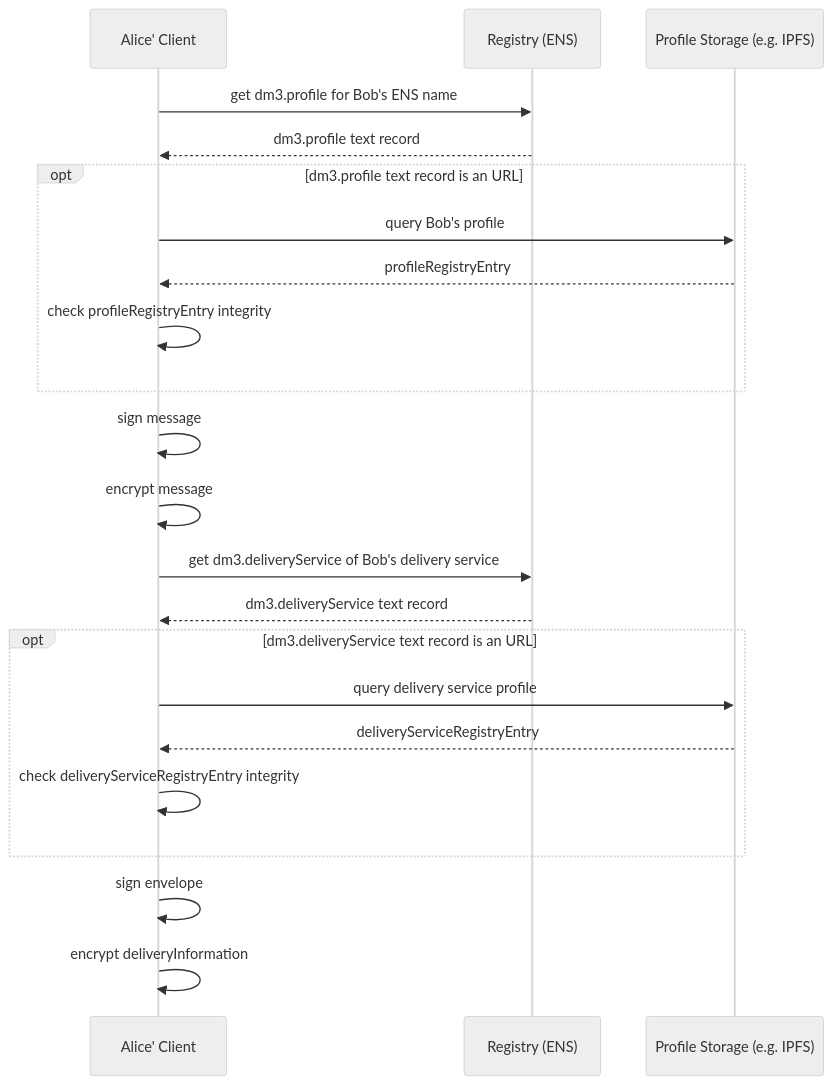
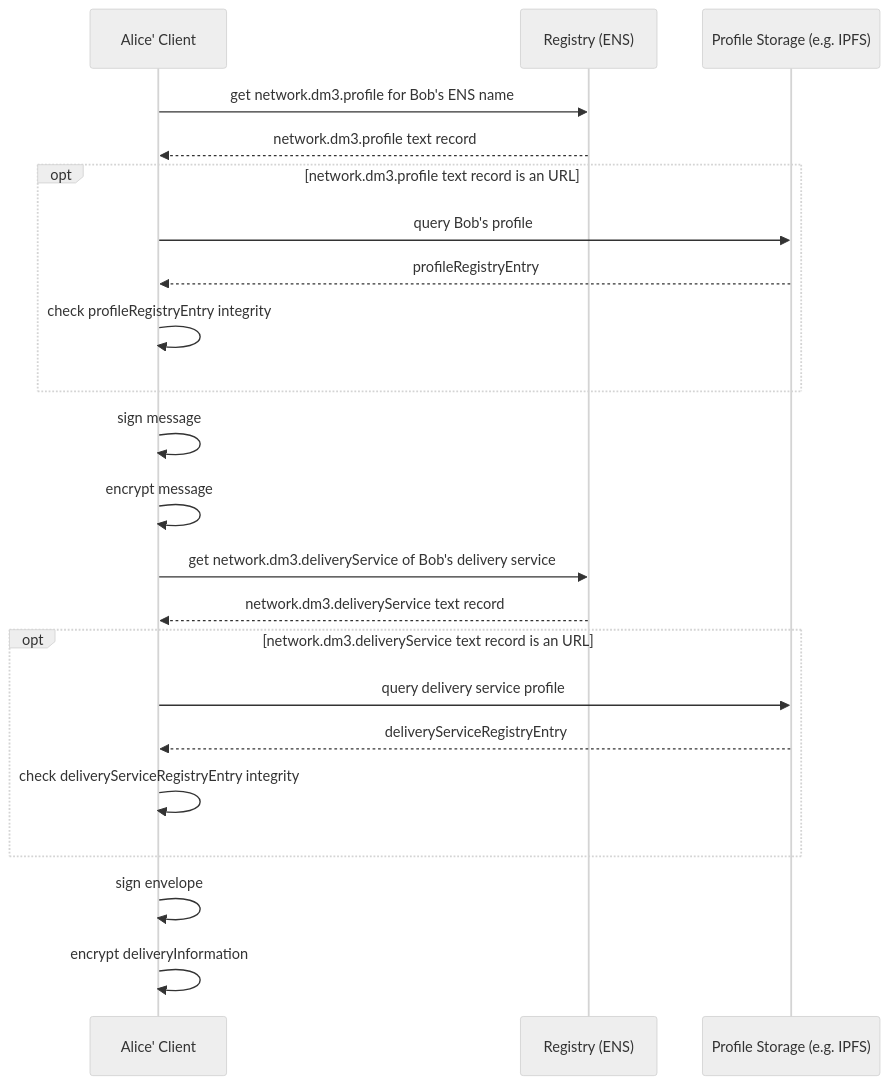
Before and after one commit to dm3-org/dm3-spec: the first of 2 diagrams in docs/specification/message-transport/mtp-transport.md, drawn with Mermaid (neutral theme). The commit also changed other lines of this file and 6 other files, not shown here.

````diff
--- a/docs/specification/message-transport/mtp-transport.md
+++ b/docs/specification/message-transport/mtp-transport.md
@@ -47,26 +47,26 @@
 ```mermaid
   sequenceDiagram
     participant AA as Alice' Client
     participant E as Registry (ENS)
     participant P as Profile Storage (e.g. IPFS)
-    AA->>E: get dm3.profile for Bob's ENS name
-    E-->>AA: dm3.profile text record
-    opt dm3.profile text record is an URL
+    AA->>E: get network.dm3.profile for Bob's ENS name
+    E-->>AA: network.dm3.profile text record
+    opt network.dm3.profile text record is an URL
       AA->>P: query Bob's profile
       P-->>AA: profileRegistryEntry
       AA->>AA: check profileRegistryEntry integrity
     end
     AA->>AA: sign message
     AA->>AA: encrypt message
 
-    AA->>E: get dm3.deliveryService of Bob's delivery service
-    E-->>AA: dm3.deliveryService text record
-    opt dm3.deliveryService text record is an URL
+    AA->>E: get network.dm3.deliveryService of Bob's delivery service
+    E-->>AA: network.dm3.deliveryService text record
+    opt network.dm3.deliveryService text record is an URL
       AA->>P: query delivery service profile 
       P-->>AA: deliveryServiceRegistryEntry
       AA->>AA: check deliveryServiceRegistryEntry integrity
     end
    
     AA->>AA: sign envelope
     AA->>AA: encrypt deliveryInformation
 ```
````
